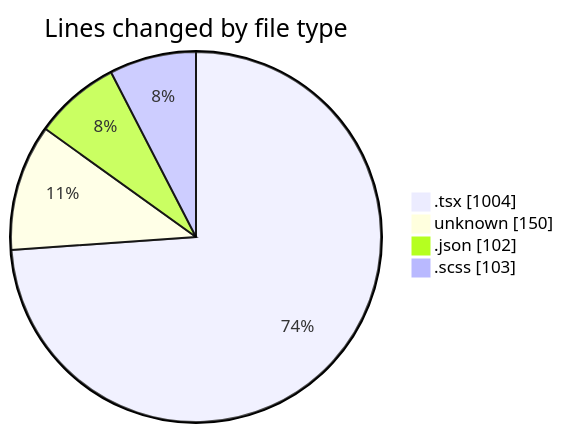
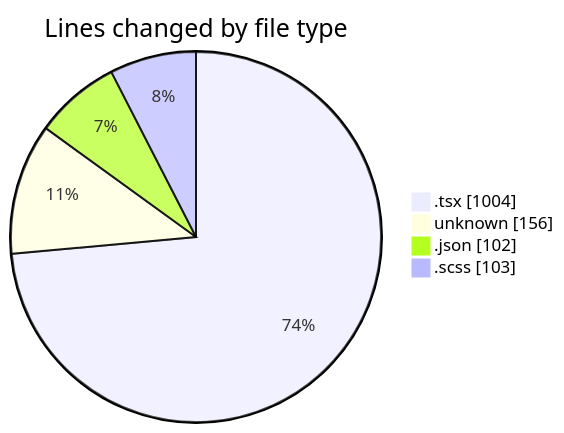
Before and after one commit to momahboobian/code-tracking: the first of 2 diagrams in 2026-09-28/cda/README.md, drawn with Mermaid. The commit also changed other lines of this file and 1 other file, not shown here.

````diff
--- a/2026-09-28/cda/README.md
+++ b/2026-09-28/cda/README.md
@@ -26,8 +26,8 @@
 ```mermaid
 pie showData
 title Lines changed by file type
 ".tsx" : 1004
-"unknown" : 150
+"unknown" : 156
 ".json" : 102
 ".scss" : 103
 ```
````
